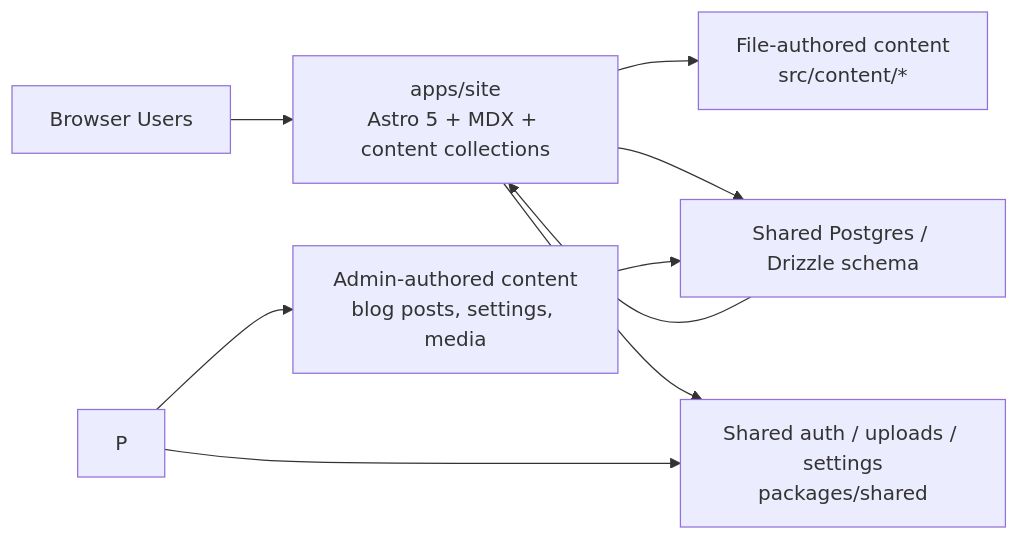
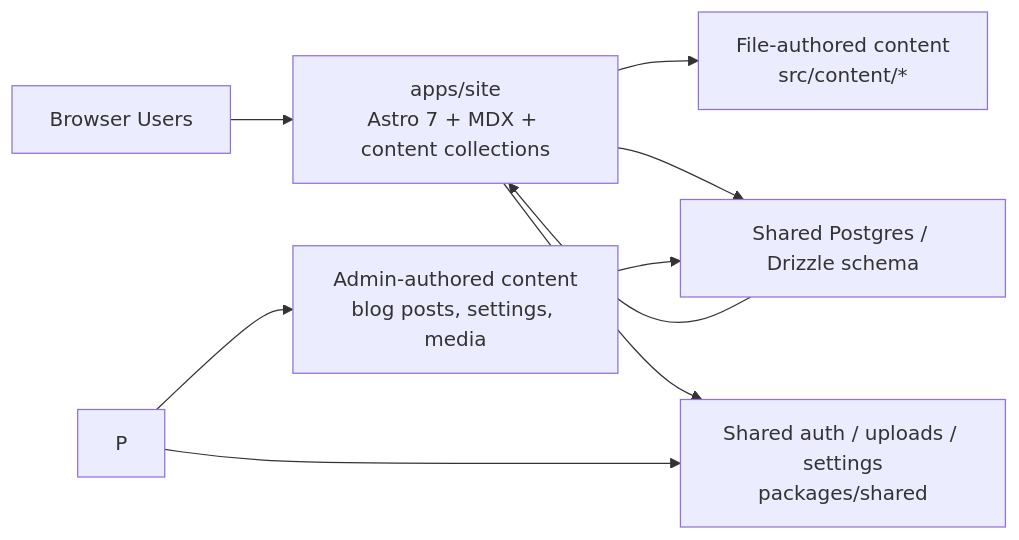
One commit to stevenfackley/steveackley-website changed the diagram in README.md. Above: the diagram before and after it, drawn with Mermaid. The commit also changed other lines of this file and 122 other files, not shown here.

````diff
--- a/README.md
+++ b/README.md
@@ -7,11 +7,11 @@
 ```mermaid
 flowchart LR
-    U["Browser Users"] --> S["apps/site<br/>Astro 5 + MDX + content collections"]
+    U["Browser Users"] --> S["apps/site<br/>Astro 7 + MDX + content collections"]
     S --> C["File-authored content<br/>src/content/*"]
     S --> D["Shared Postgres / Drizzle schema"]
     S --> R["Cloudflare R2 media storage"]
     P --> R["Shared auth / uploads / settings<br/>packages/shared"]
     P --> O["Admin-authored content<br/>blog posts, settings, media"]
     O --> D
     D --> S
 ```
````
